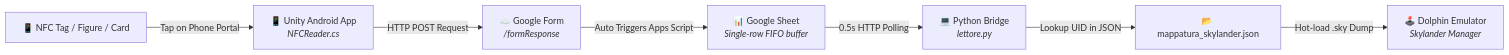
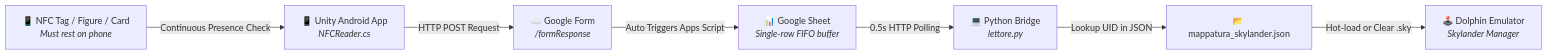
Before and after one commit to Andrea-Graziano-Gitto/unity-android-nfc-skylanders-bridge: the diagram in README.md, drawn with Mermaid. The commit also changed other lines of this file, not shown here.

````diff
--- a/README.md
+++ b/README.md
@@ -42,9 +43,9 @@
 ```mermaid
 flowchart LR
-    A[📱 NFC Tag / Figure / Card] -->|Tap on Phone Portal| B[📱 Unity Android App<br><i>NFCReader.cs</i>]
+    A[📱 NFC Tag / Figure / Card<br><i>Must rest on phone</i>] -->|Continuous Presence Check| B[📱 Unity Android App<br><i>NFCReader.cs</i>]
     B -->|HTTP POST Request| C[☁️ Google Form<br><i>/formResponse</i>]
     C -->|Auto Triggers Apps Script| D[📊 Google Sheet<br><i>Single-row FIFO buffer</i>]
     D -->|0.5s HTTP Polling| E[💻 Python Bridge<br><i>lettore.py</i>]
     E -->|Lookup UID in JSON| F[📂 mappatura_skylander.json]
-    F -->|Hot-load .sky Dump| G[🕹️ Dolphin Emulator<br><i>Skylander Manager</i>]
+    F -->|Hot-load or Clear .sky| G[🕹️ Dolphin Emulator<br><i>Skylander Manager</i>]
 ```
````
